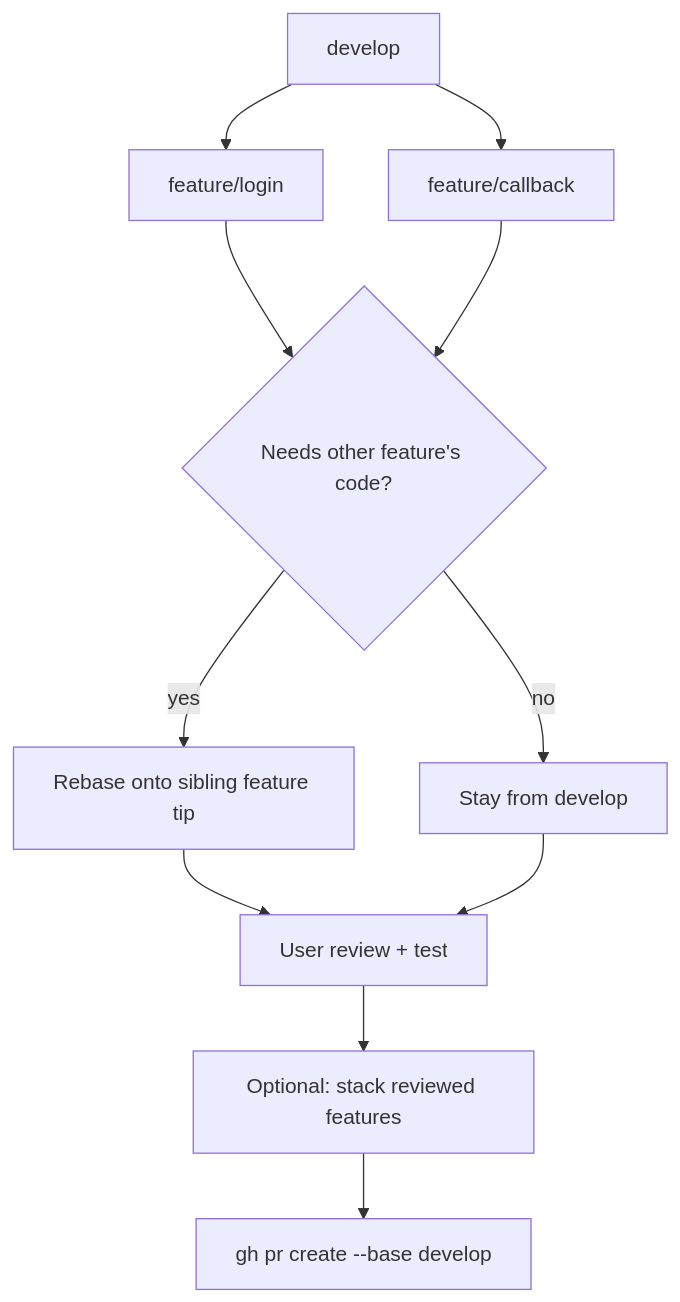
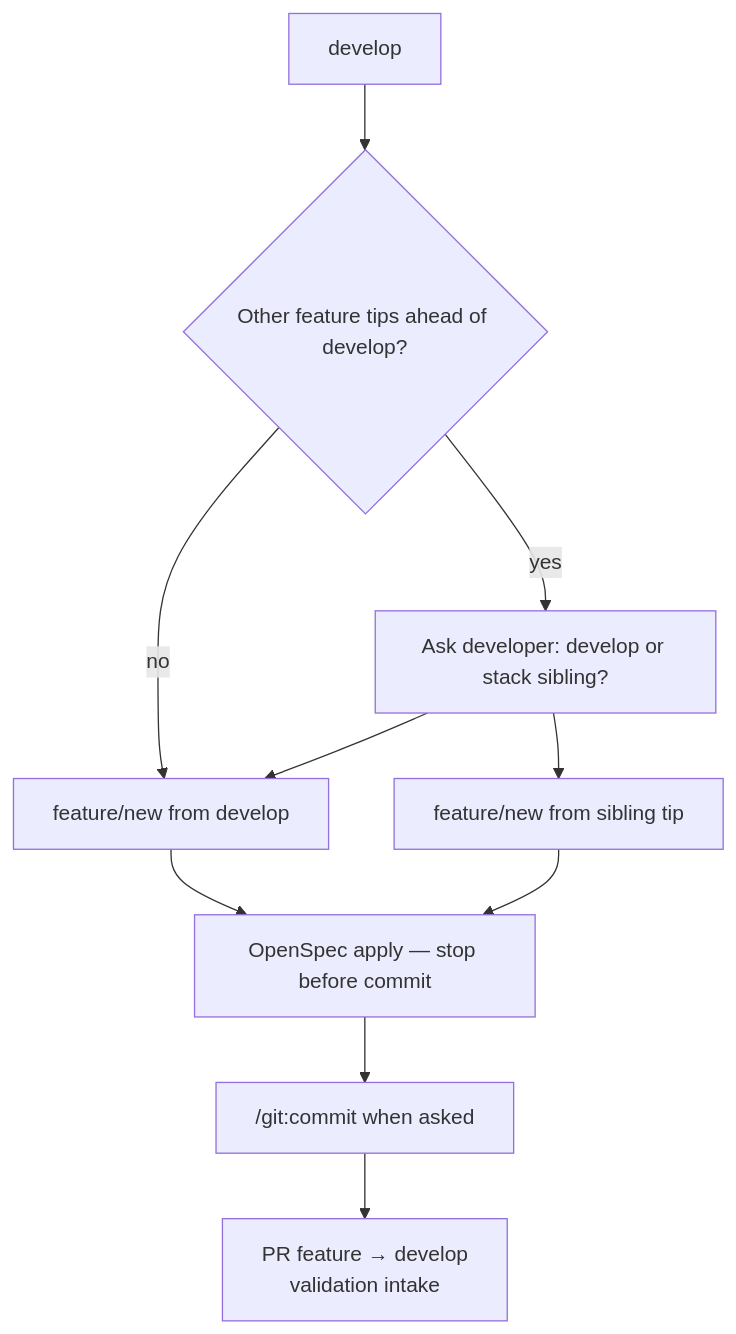
Before and after one commit to AdamAntinoo/neocom-meta: the eighth of 10 diagrams in .dsh/METHODOLOGY.md, drawn with Mermaid. The commit also changed other lines of this file and 14 other files, not shown here.

First line of the commit message:
feat(meta): align delivery harness and reset async OpenSpec for reapply

````diff
--- a/.dsh/METHODOLOGY.md
+++ b/.dsh/METHODOLOGY.md
@@ -363,13 +400,12 @@
 ```mermaid
 flowchart TD
-  develop[develop] --> featA["feature/login"]
-  develop --> featB["feature/callback"]
-  featA --> need{"Needs other feature's code?"}
-  featB --> need
-  need -->|yes| rebase["Rebase onto sibling feature tip"]
-  need -->|no| wait["Stay from develop"]
-  rebase --> review["User review + test"]
-  wait --> review
-  review --> stack["Optional: stack reviewed features"]
-  stack --> pr["gh pr create --base develop"]
+  develop[develop] --> check{"Other feature tips ahead of develop?"}
+  check -->|no| fromDev["feature/new from develop"]
+  check -->|yes| ask["Ask developer: develop or stack sibling?"]
+  ask --> fromDev
+  ask --> fromSib["feature/new from sibling tip"]
+  fromDev --> apply["OpenSpec apply — stop before commit"]
+  fromSib --> apply
+  apply --> commit["/git:commit when asked"]
+  commit --> pr["PR feature → develop<br/>validation intake"]
 ```
````
